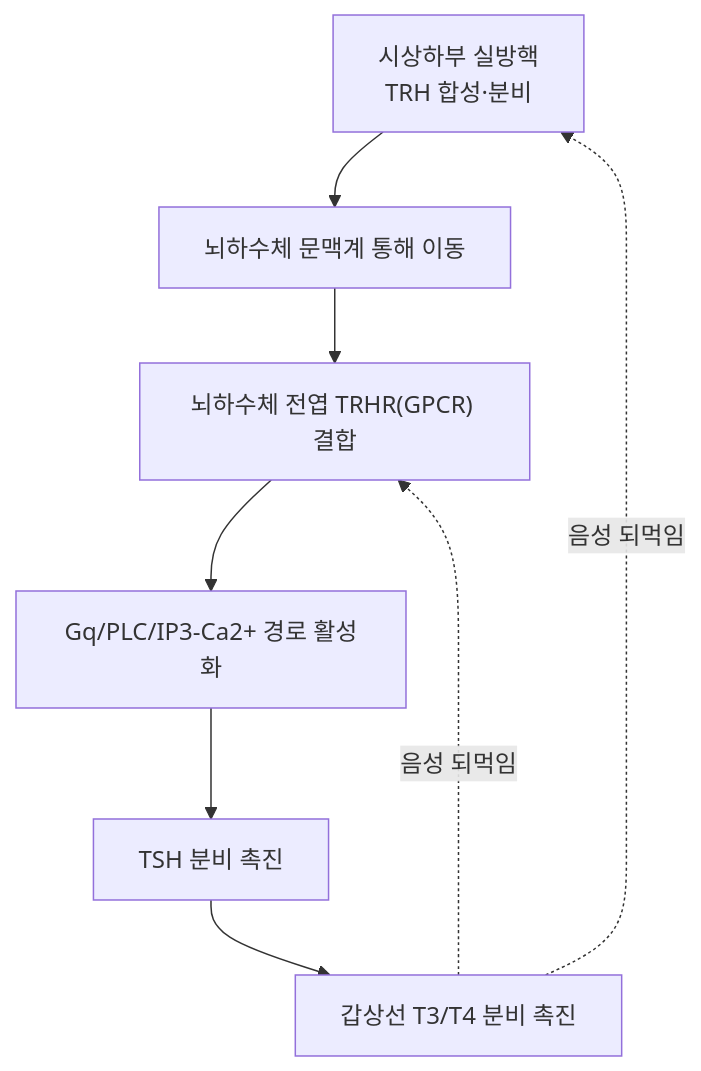
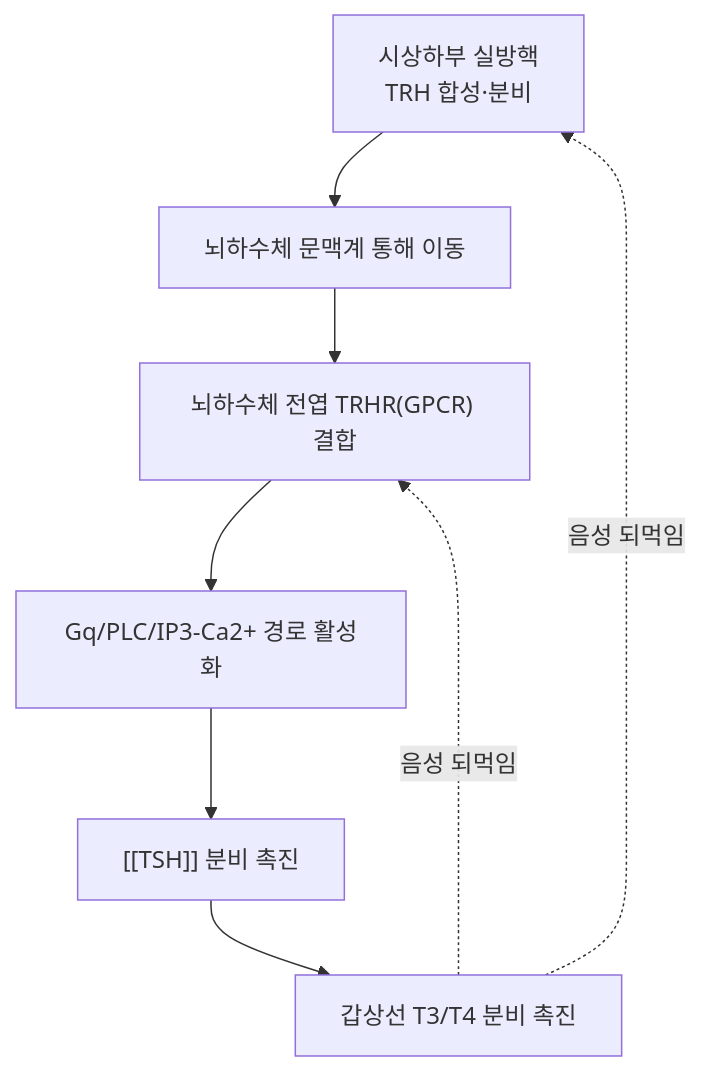
One commit to simbio11/simbio-digital-garden2 changed the diagram in content/3. 이론 공부/호르몬, 신호전달물질/01_시상하부·뇌하수체·내분비축/TRH.md. Above: the diagram before and after it, drawn with Mermaid. The commit also changed other lines of this file and 324 other files, not shown here.

````diff
--- a/content/3. 이론 공부/호르몬, 신호전달물질/01_시상하부·뇌하수체·내분비축/TRH.md
+++ b/content/3. 이론 공부/호르몬, 신호전달물질/01_시상하부·뇌하수체·내분비축/TRH.md
@@ -65,10 +79,10 @@
 ```mermaid
 graph TD
     Hypothalamus["시상하부 실방핵<br>TRH 합성·분비"] --> Portal["뇌하수체 문맥계 통해 이동"]
     Portal --> Pituitary["뇌하수체 전엽 TRHR(GPCR) 결합"]
     Pituitary --> Signal["Gq/PLC/IP3-Ca2+ 경로 활성화"]
-    Signal --> TSH["TSH 분비 촉진"]
+    Signal --> TSH["[[TSH]] 분비 촉진"]
     TSH --> Thyroid["갑상선 T3/T4 분비 촉진"]
     Thyroid -.음성 되먹임.-> Hypothalamus
     Thyroid -.음성 되먹임.-> Pituitary
 ```
````
